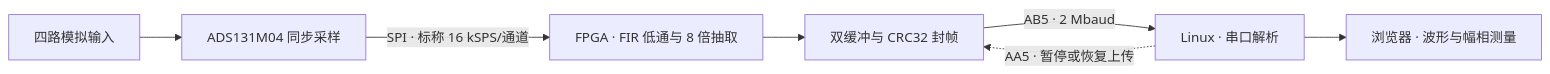
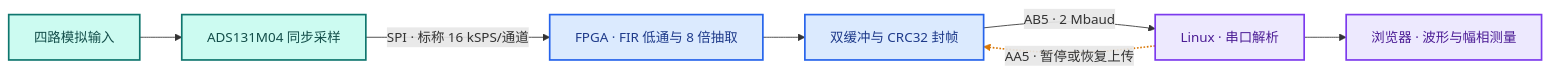
The diagram in README.md (rosaliehhh666-del/ads131m04-fpga-acquisition), drawn with Mermaid before and after one commit. The commit also changed other lines of this file, not shown here.

Commit message:
Color system diagram and expand project documentation

````diff
--- a/README.md
+++ b/README.md
@@ -5,9 +14,17 @@
 ```mermaid
 flowchart LR
     A["四路模拟输入"] --> B["ADS131M04 同步采样"]
     B -->|"SPI · 标称 16 kSPS/通道"| C["FPGA · FIR 低通与 8 倍抽取"]
     C --> D["双缓冲与 CRC32 封帧"]
     D -->|"AB5 · 2 Mbaud"| E["Linux · 串口解析"]
     E --> F["浏览器 · 波形与幅相测量"]
     E -.->|"AA5 · 暂停或恢复上传"| D
+
+    classDef analog fill:#CCFBF1,stroke:#0F766E,color:#134E4A,stroke-width:2px
+    classDef fpga fill:#DBEAFE,stroke:#2563EB,color:#1E3A8A,stroke-width:2px
+    classDef linux fill:#EDE9FE,stroke:#7C3AED,color:#4C1D95,stroke-width:2px
+    class A,B analog
+    class C,D fpga
+    class E,F linux
+    linkStyle 5 stroke:#D97706,stroke-width:2px
 ```
````
